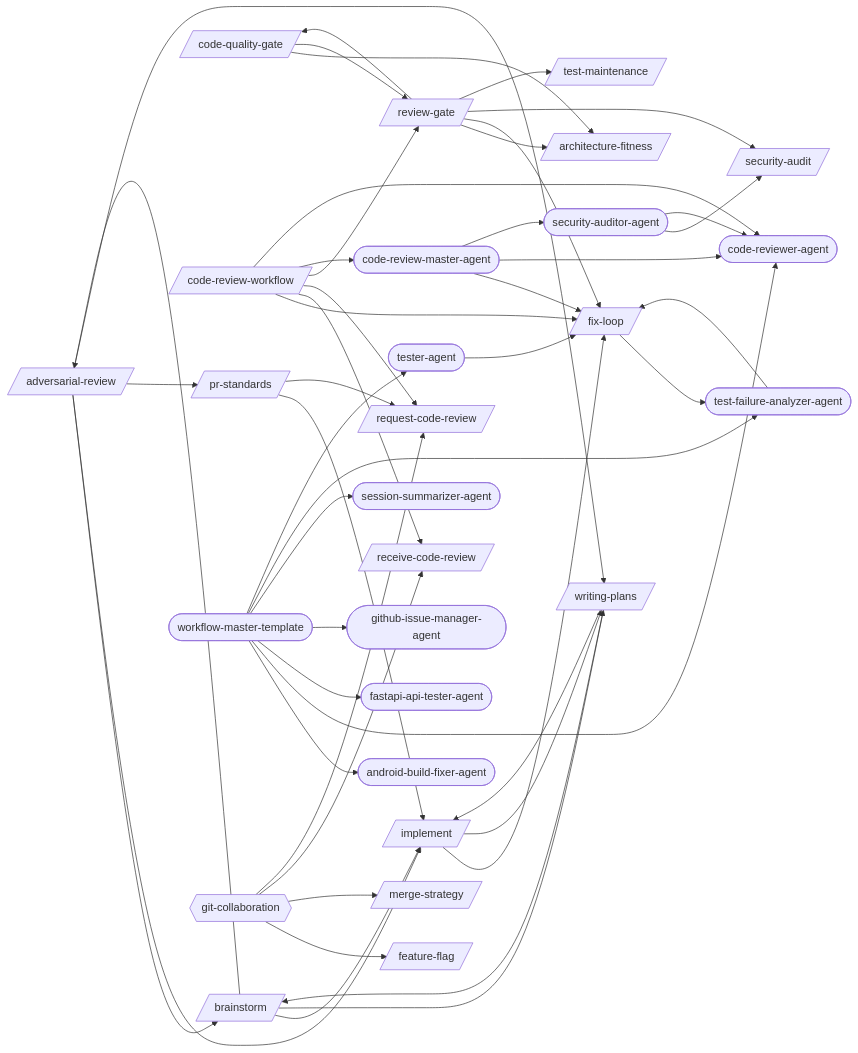
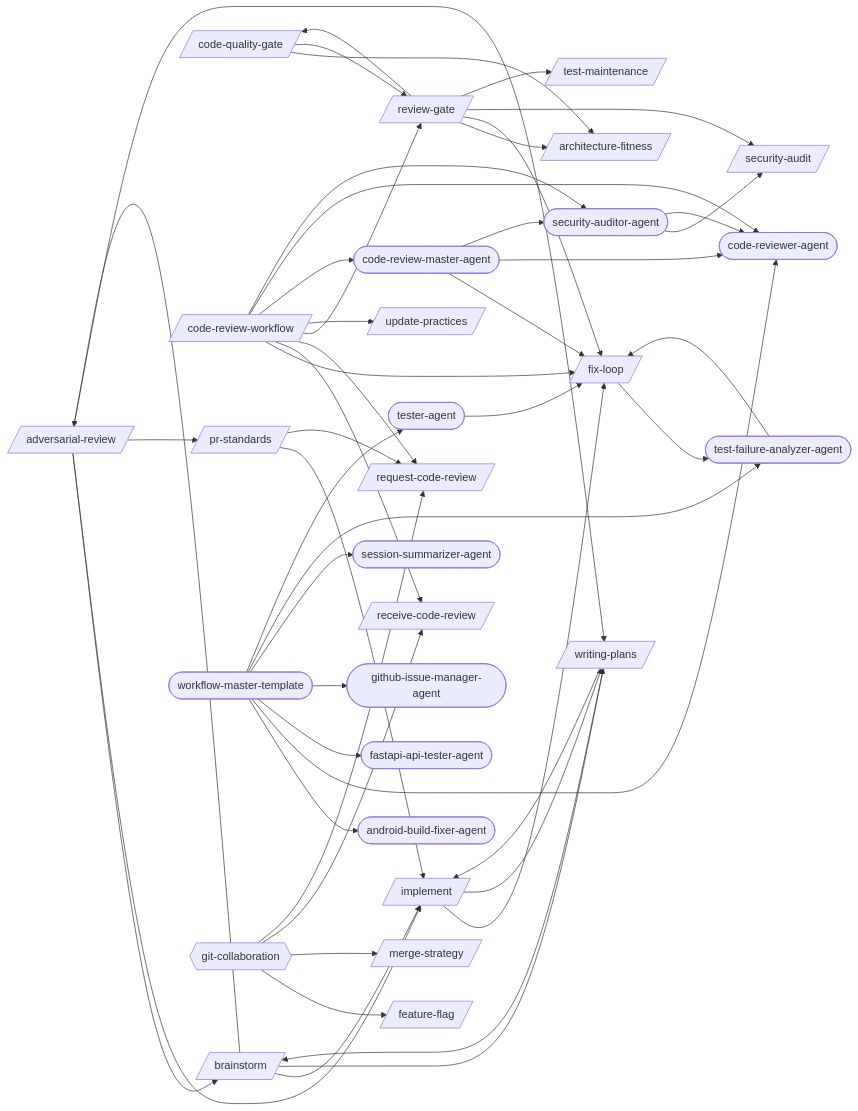
The first of 21 diagrams in docs/workflows/code-review.md (abhayla/claude-best-practices), drawn with Mermaid before and after one commit. The commit also changed other lines of this file and 12 other files, not shown here.

````diff
--- a/docs/workflows/code-review.md
+++ b/docs/workflows/code-review.md
@@ -9,75 +9,78 @@
 ```mermaid
 graph LR
     adversarial_review[/adversarial-review/]
     architecture_fitness[/architecture-fitness/]
     brainstorm[/brainstorm/]
     code_quality_gate[/code-quality-gate/]
     code_review_workflow[/code-review-workflow/]
     feature_flag[/feature-flag/]
     fix_loop[/fix-loop/]
     implement[/implement/]
     merge_strategy[/merge-strategy/]
     pr_standards[/pr-standards/]
     receive_code_review[/receive-code-review/]
     request_code_review[/request-code-review/]
     review_gate[/review-gate/]
     security_audit[/security-audit/]
     test_maintenance[/test-maintenance/]
+    update_practices[/update-practices/]
     writing_plans[/writing-plans/]
     android_build_fixer_agent([android-build-fixer-agent])
     code_review_master_agent([code-review-master-agent])
     code_reviewer_agent([code-reviewer-agent])
     fastapi_api_tester_agent([fastapi-api-tester-agent])
     github_issue_manager_agent([github-issue-manager-agent])
     security_auditor_agent([security-auditor-agent])
     session_summarizer_agent([session-summarizer-agent])
     test_failure_analyzer_agent([test-failure-analyzer-agent])
     tester_agent([tester-agent])
     workflow_master_template([workflow-master-template])
     git_collaboration{{git-collaboration}}
     adversarial_review --> brainstorm
     adversarial_review --> implement
     adversarial_review --> pr_standards
     adversarial_review --> writing_plans
     brainstorm --> adversarial_review
     brainstorm --> implement
     brainstorm --> writing_plans
     code_quality_gate --> architecture_fitness
     code_quality_gate --> review_gate
     code_review_workflow --> fix_loop
     code_review_workflow --> receive_code_review
     code_review_workflow --> request_code_review
     code_review_workflow --> review_gate
+    code_review_workflow --> update_practices
     code_review_workflow --> code_review_master_agent
     code_review_workflow --> code_reviewer_agent
+    code_review_workflow --> security_auditor_agent
     fix_loop --> test_failure_analyzer_agent
     implement --> fix_loop
     implement --> writing_plans
     pr_standards --> implement
     pr_standards --> request_code_review
     review_gate --> architecture_fitness
     review_gate --> code_quality_gate
     review_gate --> fix_loop
     review_gate --> security_audit
     review_gate --> test_maintenance
     writing_plans --> brainstorm
     writing_plans --> implement
     code_review_master_agent --> fix_loop
     code_review_master_agent --> code_reviewer_agent
     code_review_master_agent --> security_auditor_agent
     security_auditor_agent --> security_audit
     security_auditor_agent --> code_reviewer_agent
     test_failure_analyzer_agent --> fix_loop
     tester_agent --> fix_loop
     workflow_master_template --> android_build_fixer_agent
     workflow_master_template --> code_reviewer_agent
     workflow_master_template --> fastapi_api_tester_agent
     workflow_master_template --> github_issue_manager_agent
     workflow_master_template --> session_summarizer_agent
     workflow_master_template --> test_failure_analyzer_agent
     workflow_master_template --> tester_agent
     git_collaboration --> feature_flag
     git_collaboration --> merge_strategy
     git_collaboration --> receive_code_review
     git_collaboration --> request_code_review
 ```
````
